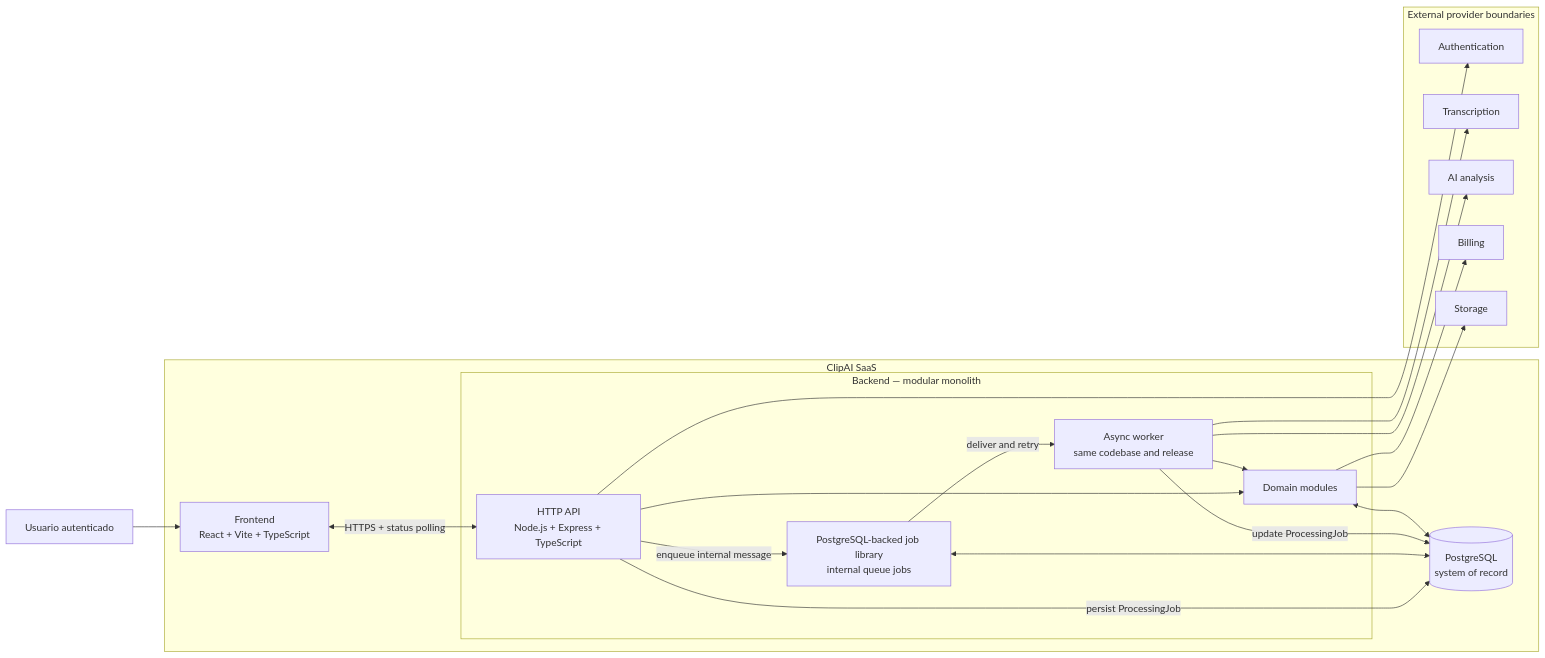
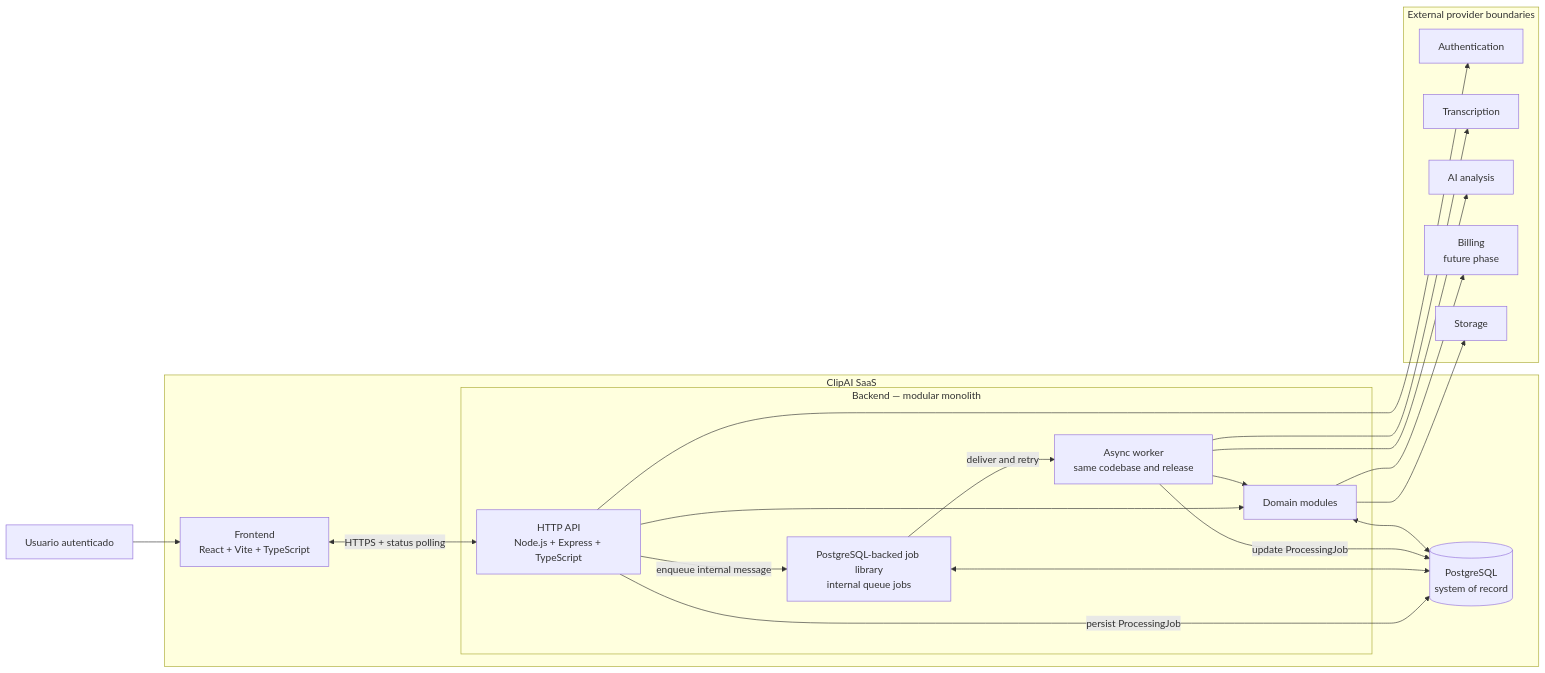
Before and after one commit to SNovoaArrieta/clipai-saas: the diagram in docs/ARCHITECTURE.md, drawn with Mermaid. The commit also changed other lines of this file and 8 other files, not shown here.

````diff
--- a/docs/ARCHITECTURE.md
+++ b/docs/ARCHITECTURE.md
@@ -85,42 +86,42 @@
 ```mermaid
 flowchart LR
     User["Usuario autenticado"]
 
     subgraph ClipAI["ClipAI SaaS"]
         Frontend["Frontend<br/>React + Vite + TypeScript"]
 
         subgraph Monolith["Backend — modular monolith"]
             API["HTTP API<br/>Node.js + Express + TypeScript"]
             Modules["Domain modules"]
             Queue["PostgreSQL-backed job library<br/>internal queue jobs"]
             Worker["Async worker<br/>same codebase and release"]
         end
 
         DB[("PostgreSQL<br/>system of record")]
 
         Frontend <-->|"HTTPS + status polling"| API
         API --> Modules
         API -->|"enqueue internal message"| Queue
         Queue -->|"deliver and retry"| Worker
         Worker --> Modules
         API -->|"persist ProcessingJob"| DB
         Queue <--> DB
         Worker -->|"update ProcessingJob"| DB
         Modules <--> DB
     end
 
     subgraph Providers["External provider boundaries"]
         Auth["Authentication"]
         Transcription["Transcription"]
         AI["AI analysis"]
-        Billing["Billing"]
+        Billing["Billing<br/>future phase"]
         Storage["Storage"]
     end
 
     User --> Frontend
     API --> Auth
     Modules --> Billing
     Modules --> Storage
     Worker --> Transcription
     Worker --> AI
 ```
````
